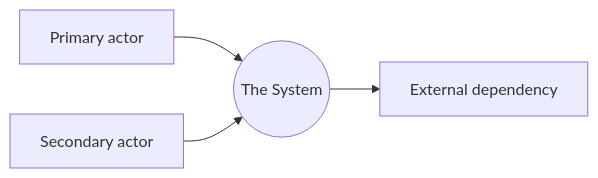
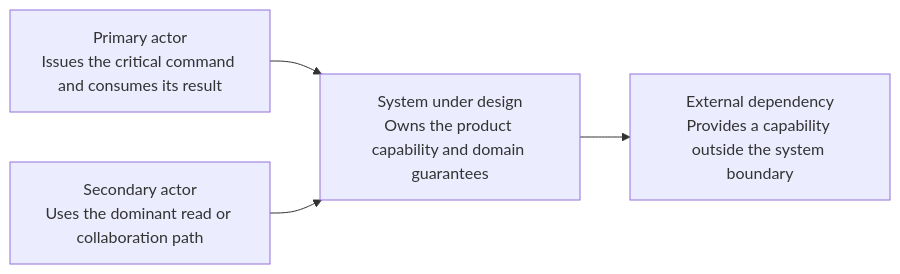
The first of 5 diagrams in content/system-design/00-system-design-template.md (navaidya/learning), drawn with Mermaid before and after one commit. The commit also changed other lines of this file and 49 other files, not shown here.

Commit message:
content: complete system design deployment library

````diff
--- a/content/system-design/00-system-design-template.md
+++ b/content/system-design/00-system-design-template.md
@@ -54,8 +69,9 @@
 ```mermaid
 flowchart LR
-  accTitle: Generic system context
-  accDescr: Two actor types interact with the system, which depends on one or more external providers.
-  ActorA[Primary actor] --> System((The System))
-  ActorB[Secondary actor] --> System
-  System --> Ext[External dependency]
+  accTitle: System under design system context
+  accDescr: Human and system actors use System under design, which integrates with explicitly bounded external capabilities.
+  A1["Primary actor<br/>Issues the critical command and consumes its result"] --> System
+  A2["Secondary actor<br/>Uses the dominant read or collaboration path"] --> System
+  System["System under design<br/>Owns the product capability and domain guarantees"]
+  System --> E1["External dependency<br/>Provides a capability outside the system boundary"]
 ```
````
